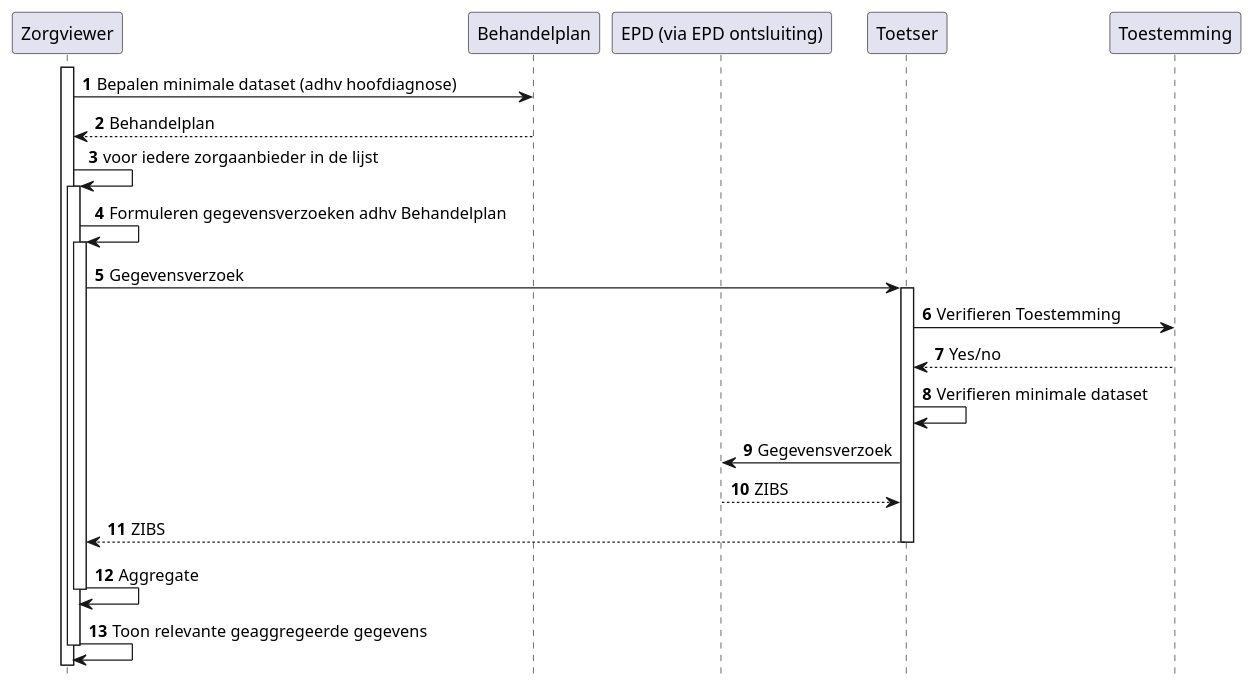
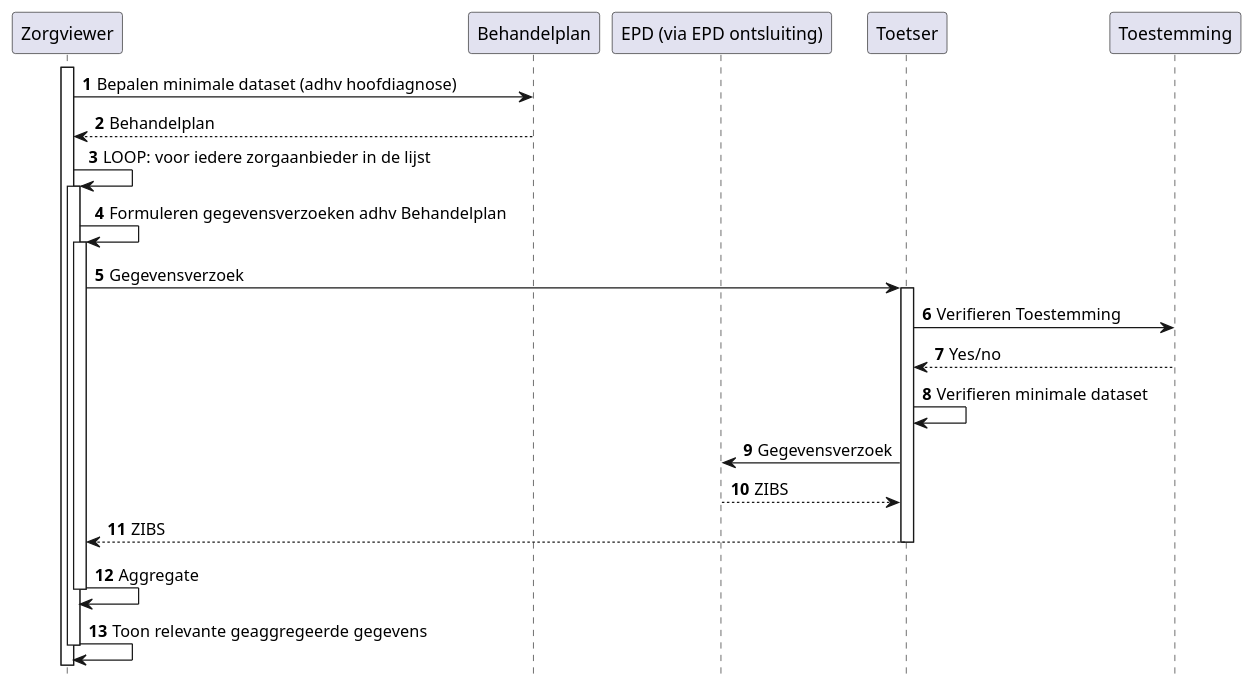
The diagram in input/images-source/Zorgviewer-seq-3.plantuml (RIVO-Noord/zorgviewer-ig), drawn with PlantUML before and after one commit. The commit also changed 3 other files, not shown here.

```diff
--- a/input/images-source/Zorgviewer-seq-3.plantuml
+++ b/input/images-source/Zorgviewer-seq-3.plantuml
@@ -1,32 +1,32 @@
 @startuml
 hide footbox
 autonumber
 
 participant Zorgviewer
 participant Behandelplan
 participant "EPD (via EPD ontsluiting)" as EPD
 participant Toetser
 participant Toestemming
 
 activate Zorgviewer
 Zorgviewer->Behandelplan: Bepalen minimale dataset (adhv hoofdiagnose)
 Behandelplan-->Zorgviewer: Behandelplan
-Zorgviewer->Zorgviewer: voor iedere zorgaanbieder in de lijst
+Zorgviewer->Zorgviewer: LOOP: voor iedere zorgaanbieder in de lijst
 activate Zorgviewer
 Zorgviewer->Zorgviewer: Formuleren gegevensverzoeken adhv Behandelplan
 activate Zorgviewer
 Zorgviewer->Toetser:Gegevensverzoek
 activate Toetser
 Toetser->Toestemming: Verifieren Toestemming
 Toestemming-->Toetser: Yes/no
 Toetser->Toetser: Verifieren minimale dataset
 Toetser->EPD:Gegevensverzoek
 EPD-->Toetser: ZIBS
 Toetser-->Zorgviewer: ZIBS
 deactivate Toetser
 Zorgviewer->Zorgviewer: Aggregate
 deactivate Zorgviewer
 Zorgviewer->Zorgviewer: Toon relevante geaggregeerde gegevens
 deactivate Zorgviewer
 
 @enduml
```
